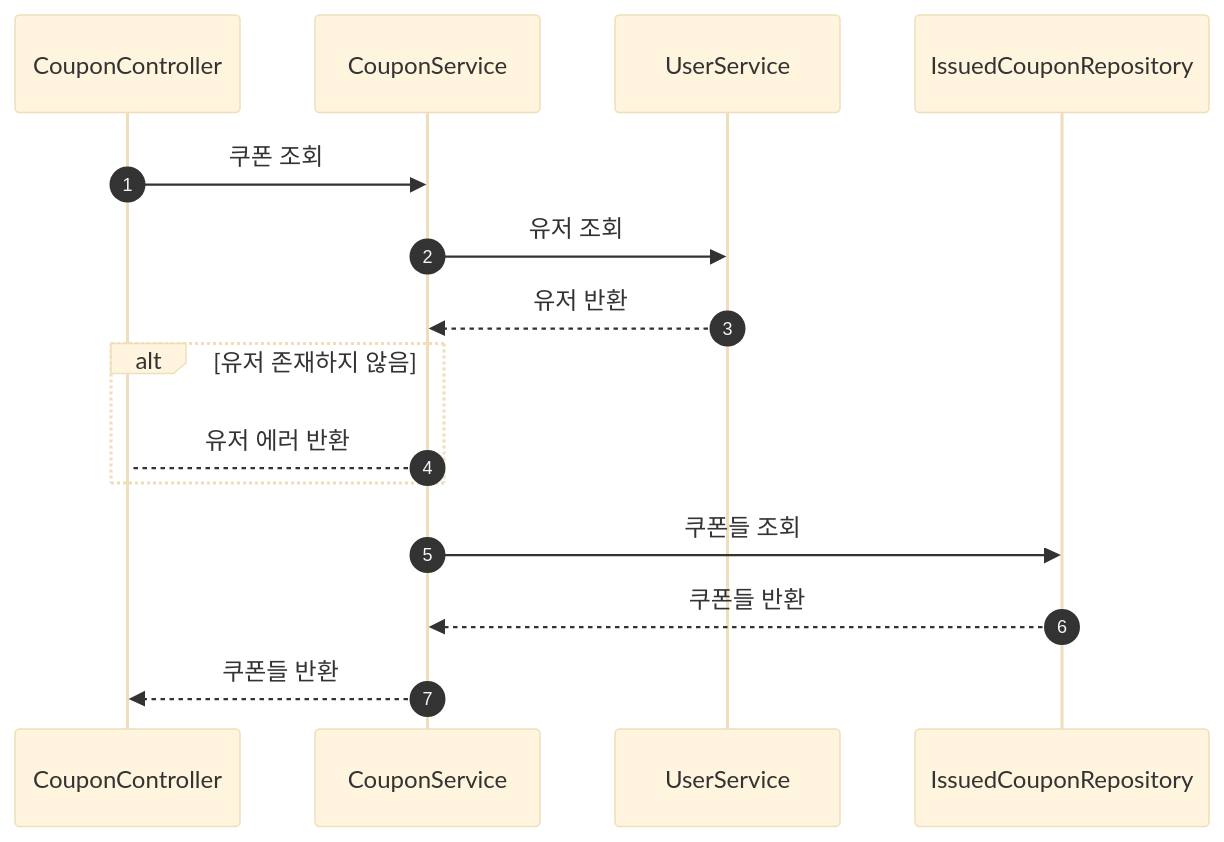
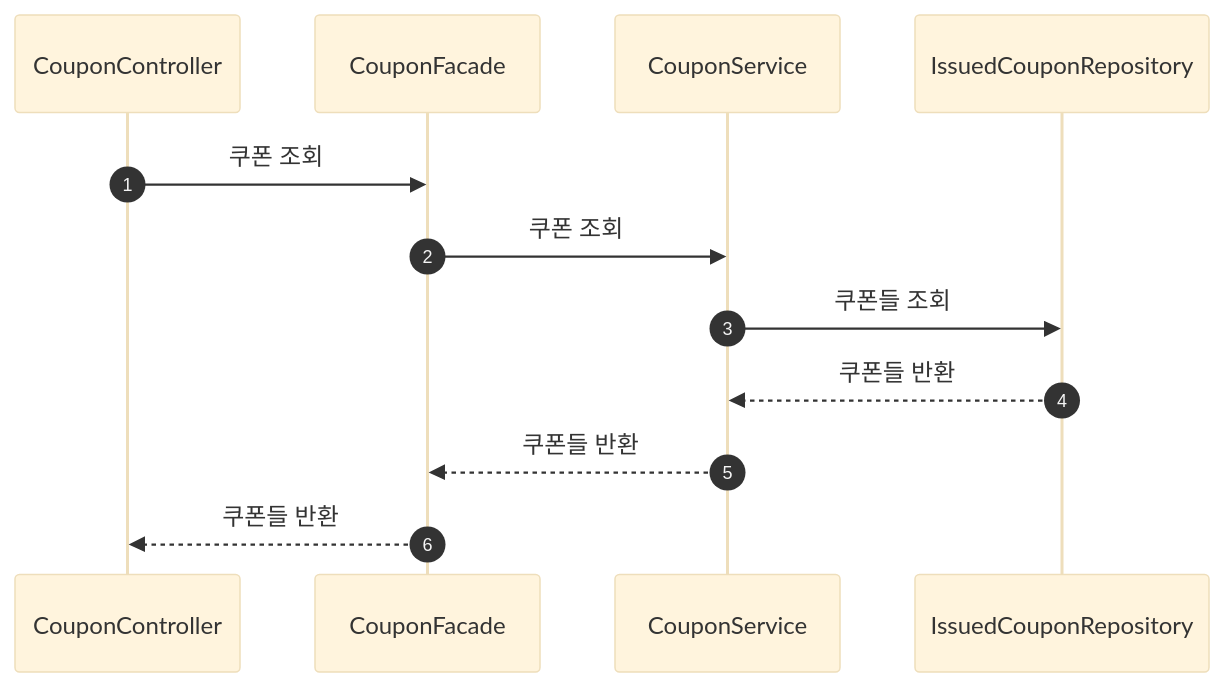
One commit to tre2man/hhplus-commerce changed the fifth of 7 diagrams in docs/sequence/시퀀스_다이어그램.md. Above: the diagram before and after it, drawn with Mermaid (base theme). The commit also changed other lines of this file, not shown here.

Commit message:
document: 유저 조회하는 플로우 삭제

````diff
--- a/docs/sequence/시퀀스_다이어그램.md
+++ b/docs/sequence/시퀀스_다이어그램.md
@@ -121,18 +126,15 @@
 ```mermaid
 sequenceDiagram
     autonumber
     participant CouponController
+    participant CouponFacade
     participant CouponService
-    participant UserService
     participant IssuedCouponRepository
 
-    CouponController->>CouponService: 쿠폰 조회
-    CouponService->>UserService: 유저 조회
-    UserService-->>CouponService: 유저 반환
-    alt 유저 존재하지 않음
-        CouponService-->CouponController: 유저 에러 반환
-    end
+    CouponController->>CouponFacade: 쿠폰 조회
+    CouponFacade->>CouponService: 쿠폰 조회
     CouponService->>IssuedCouponRepository: 쿠폰들 조회
     IssuedCouponRepository-->>CouponService: 쿠폰들 반환
-    CouponService-->>CouponController: 쿠폰들 반환
+    CouponService-->>CouponFacade: 쿠폰들 반환
+    CouponFacade-->>CouponController: 쿠폰들 반환
 ```
````
